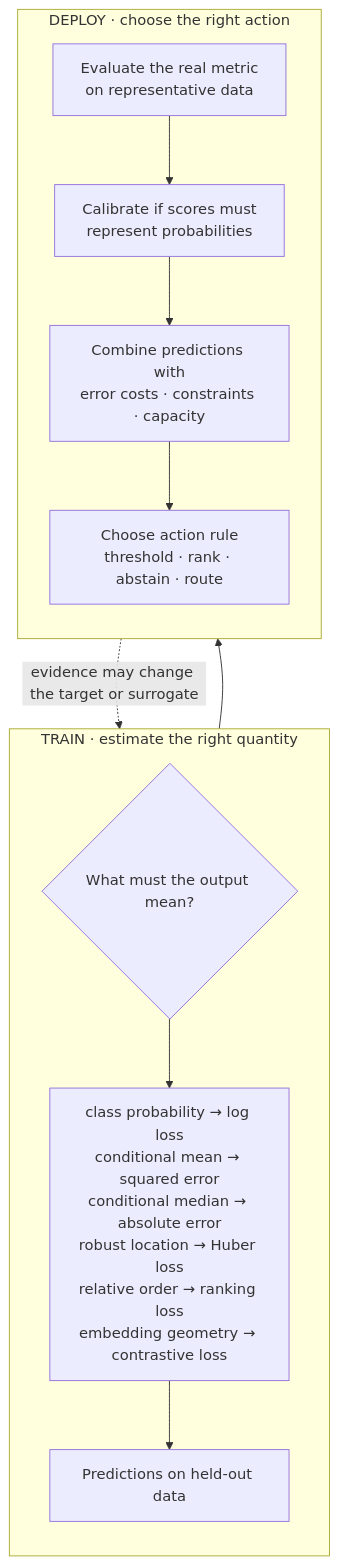
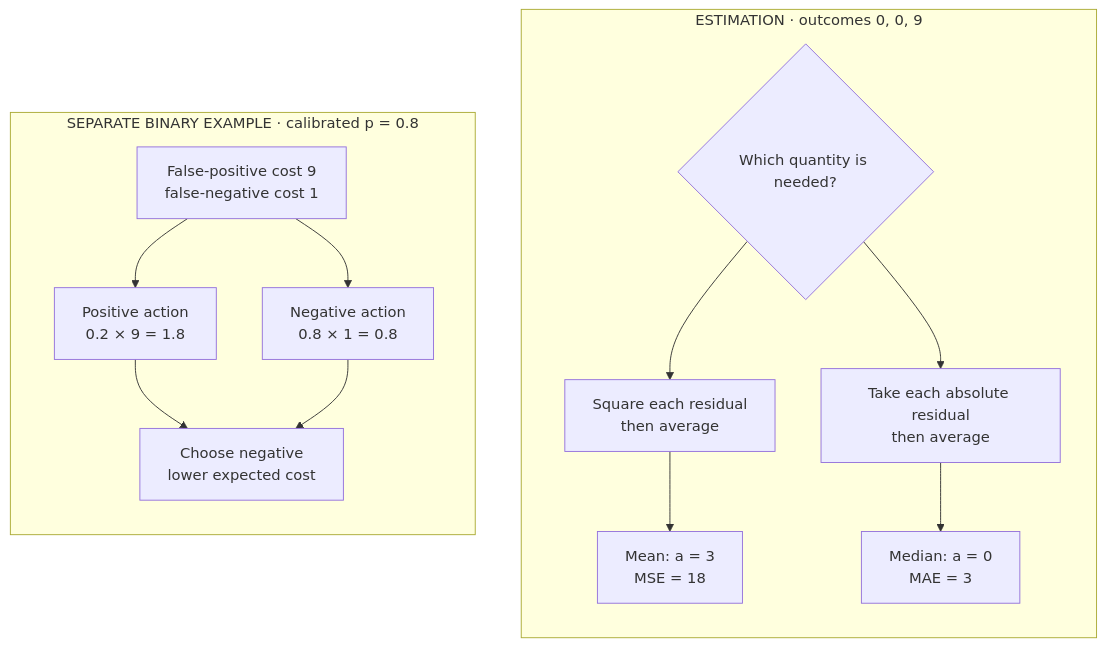
One commit to mlmentorship/mlmentorship.github.io changed the diagram in src/content/posts/2026-03-09-how-to-choose-loss-function.md. Above: the diagram before and after it, drawn with Mermaid. The commit also changed other lines of this file and 258 other files, not shown here.

````diff
--- a/src/content/posts/2026-03-09-how-to-choose-loss-function.md
+++ b/src/content/posts/2026-03-09-how-to-choose-loss-function.md
@@ -40,25 +28,27 @@
 ```mermaid
 flowchart TB
-	accTitle: Choosing a training loss is separate from choosing a deployment action
-	accDescr: The training rail begins by asking what quantity the model must estimate. A probability distribution maps to log loss, a conditional mean to squared error, a conditional median to absolute error, a robust location to Huber loss, an ordering to a ranking loss, and embedding geometry to a contrastive loss. These produce predictions on held-out data. The deployment rail evaluates those predictions against the real metric, calibrates scores when probabilities are required, and combines predictions with error costs, constraints, and capacity to choose a threshold, ranking, abstention, or route. A dashed feedback arrow sends deployment evidence back to the prediction target and surrogate choice.
-	subgraph Train["TRAIN · estimate the right quantity"]
+	accTitle: Squared and absolute loss choose different constants; action costs choose a separate threshold
+	accDescr: For equally weighted outcomes zero, zero and nine, squared loss chooses constant three with mean squared error eighteen. Absolute loss chooses constant zero with mean absolute error three. A separate binary decision example has calibrated probability 0.8, false-positive cost nine and false-negative cost one. Positive action has expected cost 1.8, negative action 0.8, so choose negative.
+	subgraph Train["ESTIMATION · outcomes 0, 0, 9"]
 		direction TB
-		Q{"What must the output mean?"}
-		Q --> L["class probability → log loss<br/>conditional mean → squared error<br/>conditional median → absolute error<br/>robust location → Huber loss<br/>relative order → ranking loss<br/>embedding geometry → contrastive loss"]
-		L --> O["Predictions on held-out data"]
+		Q{"Which quantity is needed?"}
+		Q --> SQ["Square each residual<br/>then average"]
+		Q --> ABS["Take each absolute residual<br/>then average"]
+		SQ --> MEAN["Mean: a = 3<br/>MSE = 18"]
+		ABS --> MED["Median: a = 0<br/>MAE = 3"]
 	end
-	subgraph Deploy["DEPLOY · choose the right action"]
+	subgraph Deploy["SEPARATE BINARY EXAMPLE · calibrated p = 0.8"]
 		direction TB
-		O --> V["Evaluate the real metric<br/>on representative data"]
-		V --> C["Calibrate if scores must<br/>represent probabilities"]
-		C --> K["Combine predictions with<br/>error costs · constraints · capacity"]
-		K --> A["Choose action rule<br/>threshold · rank · abstain · route"]
+		P["False-positive cost 9<br/>false-negative cost 1"]
+		P --> POS["Positive action<br/>0.2 × 9 = 1.8"]
+		P --> NEG["Negative action<br/>0.8 × 1 = 0.8"]
+		POS --> A["Choose negative<br/>lower expected cost"]
+		NEG --> A
 	end
-	V -. "evidence may change the target or surrogate" .-> Q
 	class Q viz-focus
-	class L viz-input
-	class O,V,C viz-neutral
-	class K viz-state
-	class A viz-output
+	class SQ,ABS viz-input
+	class MEAN,MED,A viz-output
+	class P viz-state
+	class POS,NEG viz-neutral
 	class Q viz-tall
 ```
````
